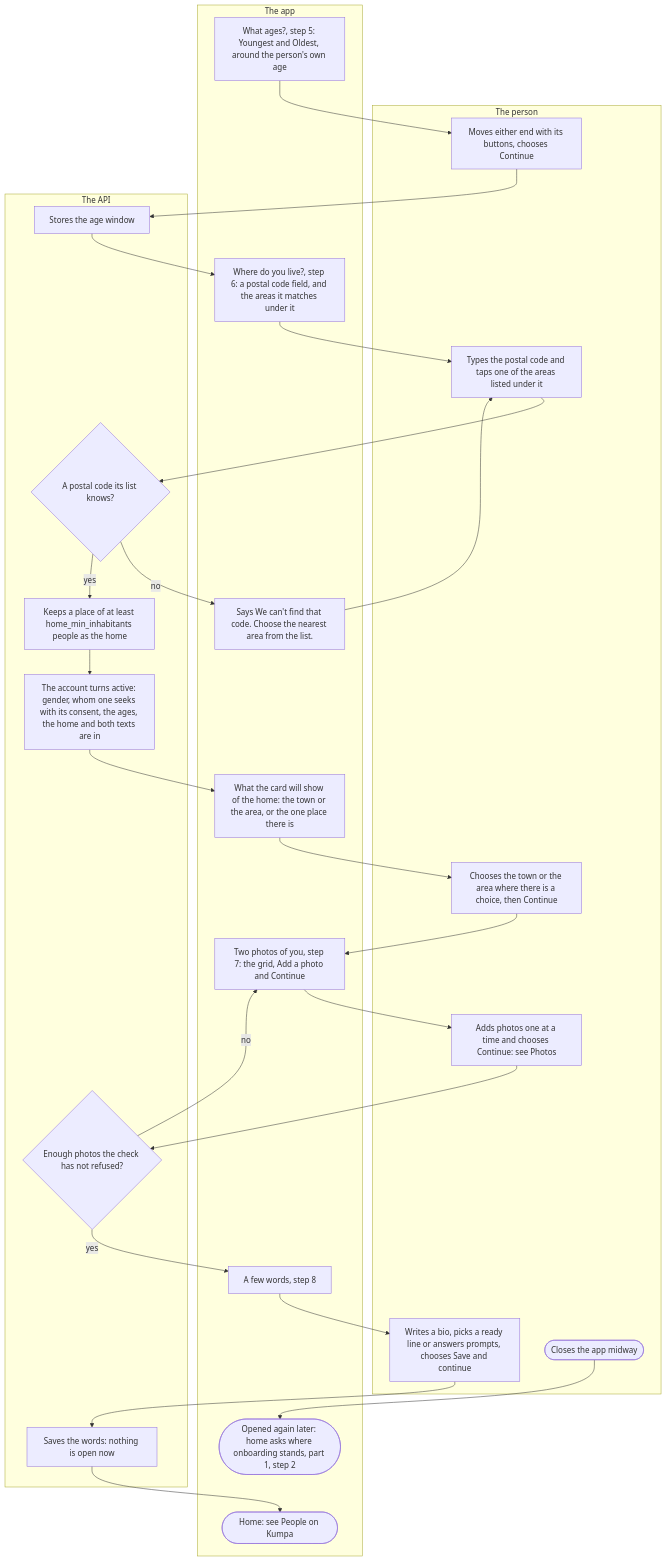
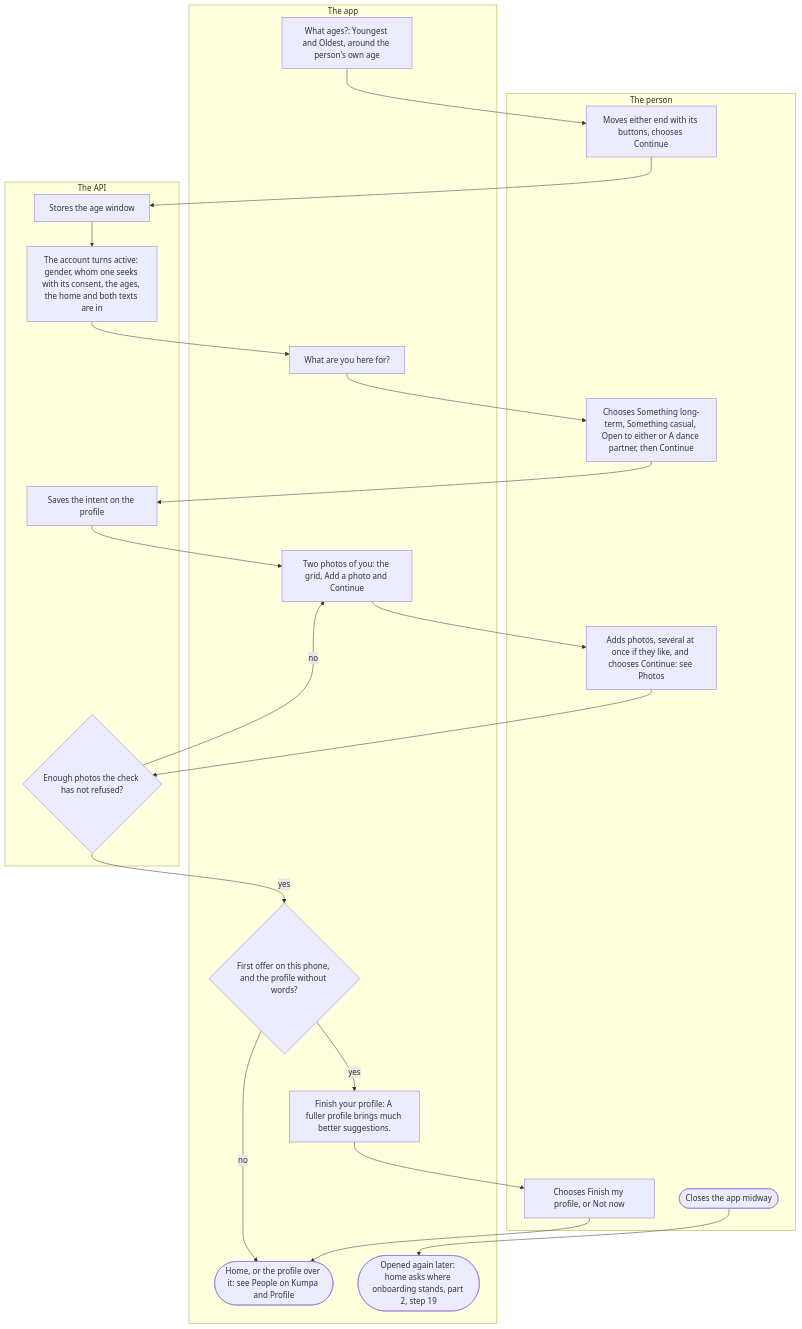
One commit to kuutti-ry/kumpa-app changed the fourth of 4 diagrams in docs/flows/onboarding.md. Above: the diagram before and after it, drawn with Mermaid. The commit also changed other lines of this file and 98 other files, not shown here.

First line of the commit message:
Ask the first questions before the bank login (#681) (#735)

````diff
--- a/docs/flows/onboarding.md
+++ b/docs/flows/onboarding.md
@@ -178,51 +237,43 @@
 ```mermaid
 flowchart TB
-  accTitle: Onboarding, part 3: the ages, the home, photos and a few words
-  accDescr: Steps 5 to 8. The person sets the age window with buttons, types their home postal code and taps its area, chooses what their card shows of the home, adds photos on the step itself and writes a few words. The account turns active once the home is in. Onboarding ends at home when nothing is open. A person who leaves midway comes back where they stopped.
+  accTitle: Onboarding, part 4: after the bank: the ages, the intent, photos and the offer
+  accDescr: The person sets the age window with buttons, chooses what they are here for, and adds photos on the step itself; no step is numbered. The account turns active once the ages are in with the answers saved after the bank. A walk that asked something ends on one offer to finish the profile, shown once on a phone while the profile has no words, then home. A person who leaves midway comes back where they stopped.
   subgraph person["The person"]
-    s39["Moves either end with its buttons, chooses Continue"]
-    s42["Types the postal code and taps one of the areas listed under it"]
-    s48["Chooses the town or the area where there is a choice, then Continue"]
-    s50["Adds photos one at a time and chooses Continue: see Photos"]
-    s53["Writes a bio, picks a ready line or answers prompts, chooses Save and continue"]
-    s56(["Closes the app midway"])
+    s52["Moves either end with its buttons, chooses Continue"]
+    s56["Chooses Something long-term, Something casual, Open to either or A dance partner, then Continue"]
+    s59["Adds photos, several at once if they like, and chooses Continue: see Photos"]
+    s63["Chooses Finish my profile, or Not now"]
+    s65(["Closes the app midway"])
   end
   subgraph app["The app"]
-    s38["What ages?, step 5: Youngest and Oldest, around the person's own age"]
-    s41["Where do you live?, step 6: a postal code field, and the areas it matches under it"]
-    s44["Says We can't find that code. Choose the nearest area from the list."]
-    s47["What the card will show of the home: the town or the area, or the one place there is"]
-    s49["Two photos of you, step 7: the grid, Add a photo and Continue"]
-    s52["A few words, step 8"]
-    s55(["Home: see People on Kumpa"])
-    s57(["Opened again later: home asks where onboarding stands, part 1, step 2"])
+    s51["What ages?: Youngest and Oldest, around the person's own age"]
+    s55["What are you here for?"]
+    s58["Two photos of you: the grid, Add a photo and Continue"]
+    s61{"First offer on this phone, and the profile without words?"}
+    s62["Finish your profile: A fuller profile brings much better suggestions."]
+    s64(["Home, or the profile over it: see People on Kumpa and Profile"])
+    s66(["Opened again later: home asks where onboarding stands, part 2, step 19"])
   end
   subgraph api["The API"]
-    s40["Stores the age window"]
-    s43{"A postal code its list knows?"}
-    s45["Keeps a place of at least home_min_inhabitants people as the home"]
-    s46["The account turns active: gender, whom one seeks with its consent, the ages, the home and both texts are in"]
-    s51{"Enough photos the check has not refused?"}
-    s54["Saves the words: nothing is open now"]
+    s53["Stores the age window"]
+    s54["The account turns active: gender, whom one seeks with its consent, the ages, the home and both texts are in"]
+    s57["Saves the intent on the profile"]
+    s60{"Enough photos the check has not refused?"}
   end
-  s38 --> s39
-  s39 --> s40
-  s40 --> s41
-  s41 --> s42
-  s42 --> s43
-  s43 -->|"no"| s44
-  s44 --> s42
-  s43 -->|"yes"| s45
-  s45 --> s46
-  s46 --> s47
-  s47 --> s48
-  s48 --> s49
-  s49 --> s50
-  s50 --> s51
-  s51 -->|"no"| s49
-  s51 -->|"yes"| s52
+  s51 --> s52
   s52 --> s53
   s53 --> s54
   s54 --> s55
+  s55 --> s56
   s56 --> s57
+  s57 --> s58
+  s58 --> s59
+  s59 --> s60
+  s60 -->|"no"| s58
+  s60 -->|"yes"| s61
+  s61 -->|"yes"| s62
+  s61 -->|"no"| s64
+  s62 --> s63
+  s63 --> s64
+  s65 --> s66
 ```
````
